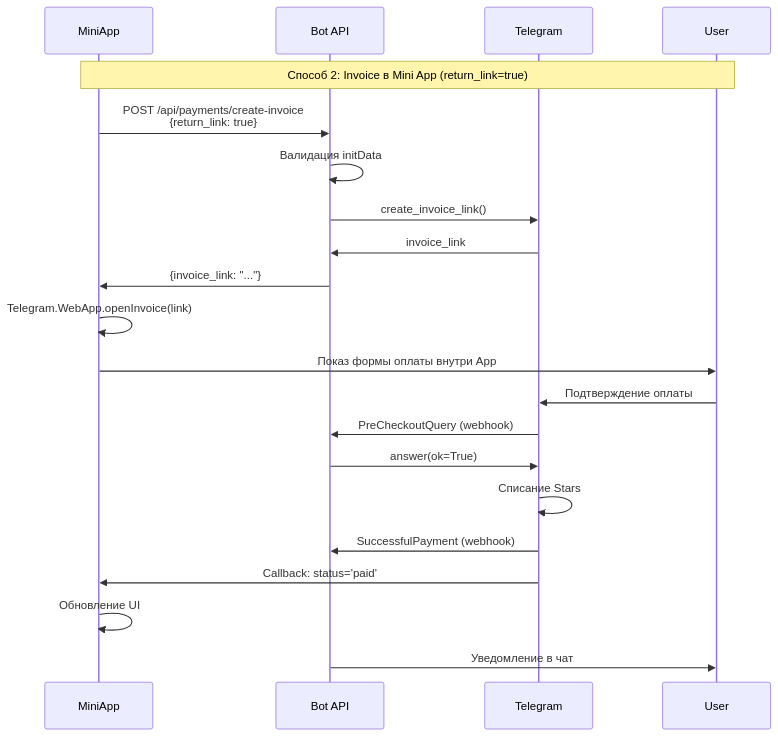
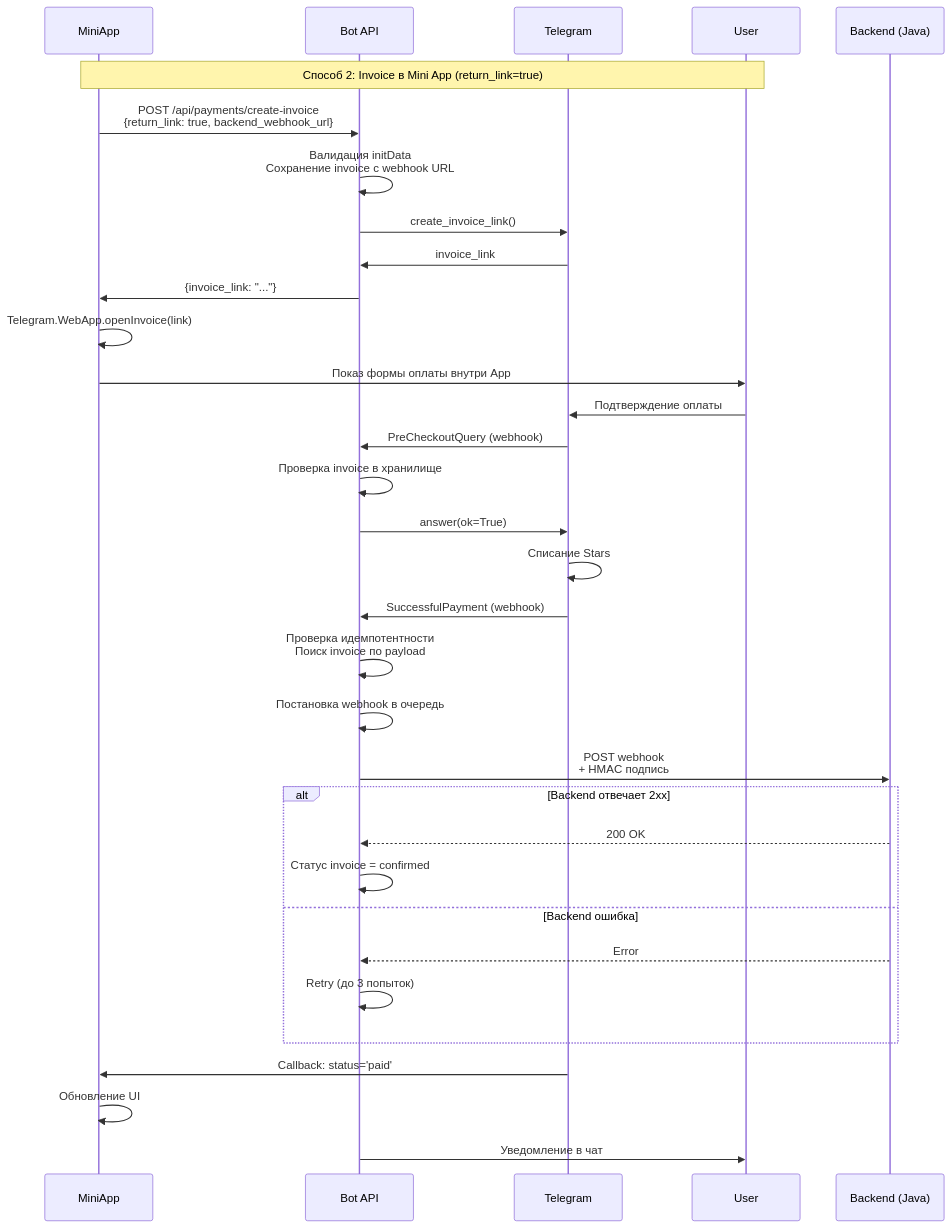
The diagram in TELEGRAM_STARS_MINIAPP_INTEGRATION.md (E13nst/StickerBot), drawn with Mermaid before and after one commit. The commit also changed other lines of this file and 5 other files, not shown here.

````diff
--- a/TELEGRAM_STARS_MINIAPP_INTEGRATION.md
+++ b/TELEGRAM_STARS_MINIAPP_INTEGRATION.md
@@ -35,25 +37,37 @@
 ```mermaid
 sequenceDiagram
     participant MiniApp
     participant BotAPI as Bot API
     participant TG as Telegram
     participant User
+    participant Backend as Backend (Java)
     
     Note over MiniApp,User: Способ 2: Invoice в Mini App (return_link=true)
     
-    MiniApp->>BotAPI: POST /api/payments/create-invoice<br/>{return_link: true}
-    BotAPI->>BotAPI: Валидация initData
+    MiniApp->>BotAPI: POST /api/payments/create-invoice<br/>{return_link: true, backend_webhook_url}
+    BotAPI->>BotAPI: Валидация initData<br/>Сохранение invoice с webhook URL
     BotAPI->>TG: create_invoice_link()
     TG->>BotAPI: invoice_link
     BotAPI->>MiniApp: {invoice_link: "..."}
     MiniApp->>MiniApp: Telegram.WebApp.openInvoice(link)
     MiniApp->>User: Показ формы оплаты внутри App
     User->>TG: Подтверждение оплаты
     TG->>BotAPI: PreCheckoutQuery (webhook)
+    BotAPI->>BotAPI: Проверка invoice в хранилище
     BotAPI->>TG: answer(ok=True)
     TG->>TG: Списание Stars
     TG->>BotAPI: SuccessfulPayment (webhook)
+    BotAPI->>BotAPI: Проверка идемпотентности<br/>Поиск invoice по payload
+    BotAPI->>BotAPI: Постановка webhook в очередь
+    BotAPI->>Backend: POST webhook<br/>+ HMAC подпись
+    alt Backend отвечает 2xx
+        Backend-->>BotAPI: 200 OK
+        BotAPI->>BotAPI: Статус invoice = confirmed
+    else Backend ошибка
+        Backend-->>BotAPI: Error
+        BotAPI->>BotAPI: Retry (до 3 попыток)
+    end
     TG->>MiniApp: Callback: status='paid'
     MiniApp->>MiniApp: Обновление UI
     BotAPI->>User: Уведомление в чат
 ```
````
